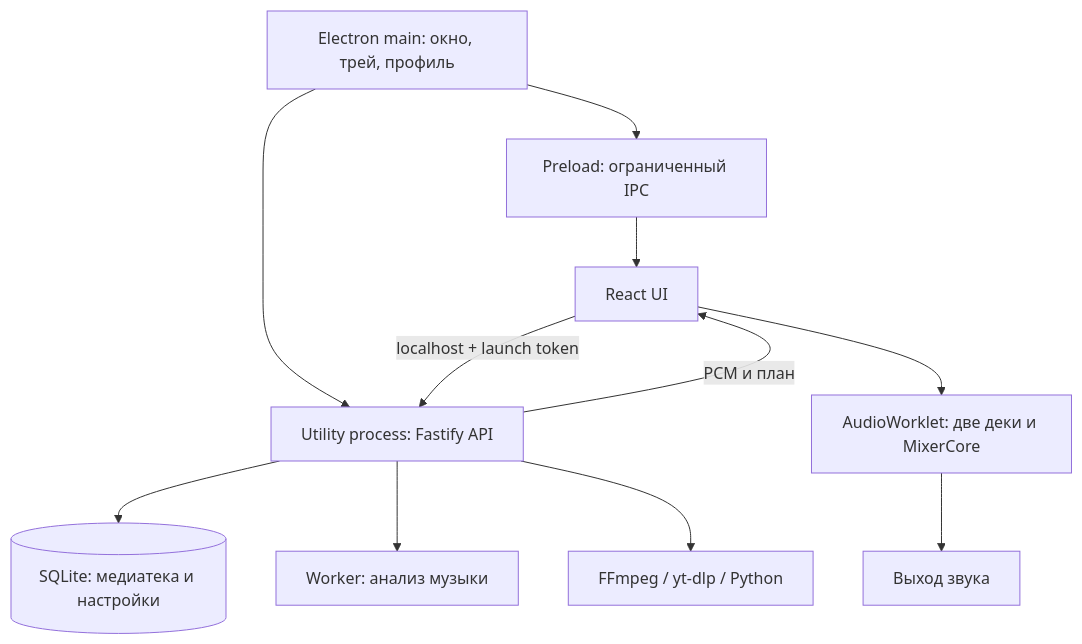
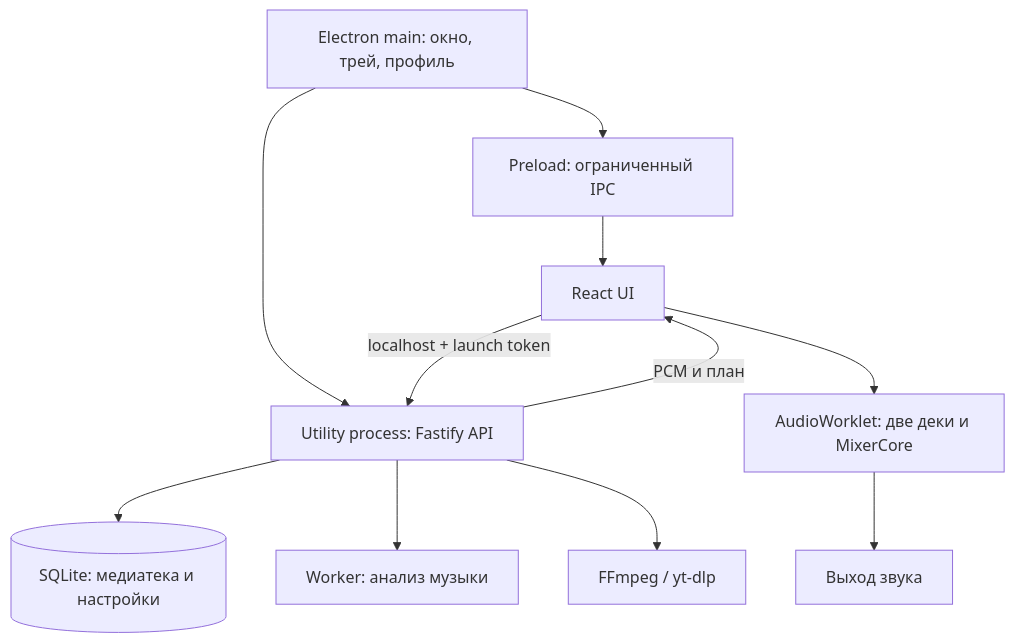
The diagram in docs/ARCHITECTURE.md (Rizen1322/MORA), drawn with Mermaid before and after one commit. The commit also changed other lines of this file and 21 other files, not shown here.

````diff
--- a/docs/ARCHITECTURE.md
+++ b/docs/ARCHITECTURE.md
@@ -3,13 +3,13 @@
 ```mermaid
 flowchart TB
     M[Electron main: окно, трей, профиль] --> P[Preload: ограниченный IPC]
     P --> U[React UI]
     M --> S[Utility process: Fastify API]
     U -->|localhost + launch token| S
     S --> DB[(SQLite: медиатека и настройки)]
     S --> W[Worker: анализ музыки]
-    S --> F[FFmpeg / yt-dlp / Python]
+    S --> F[FFmpeg / yt-dlp]
     S -->|PCM и план| U
     U --> A[AudioWorklet: две деки и MixerCore]
     A --> O[Выход звука]
 ```
````
